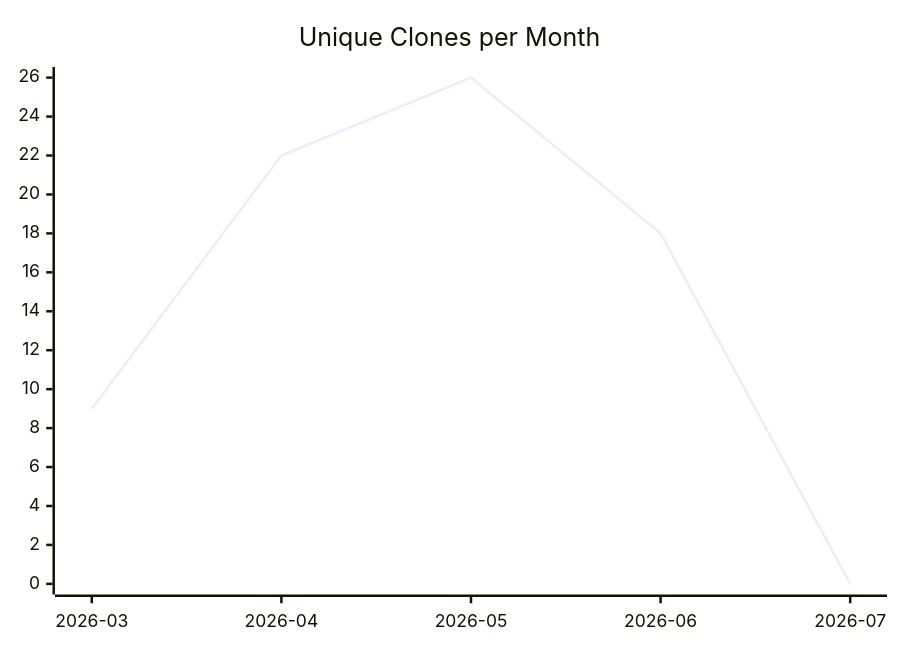
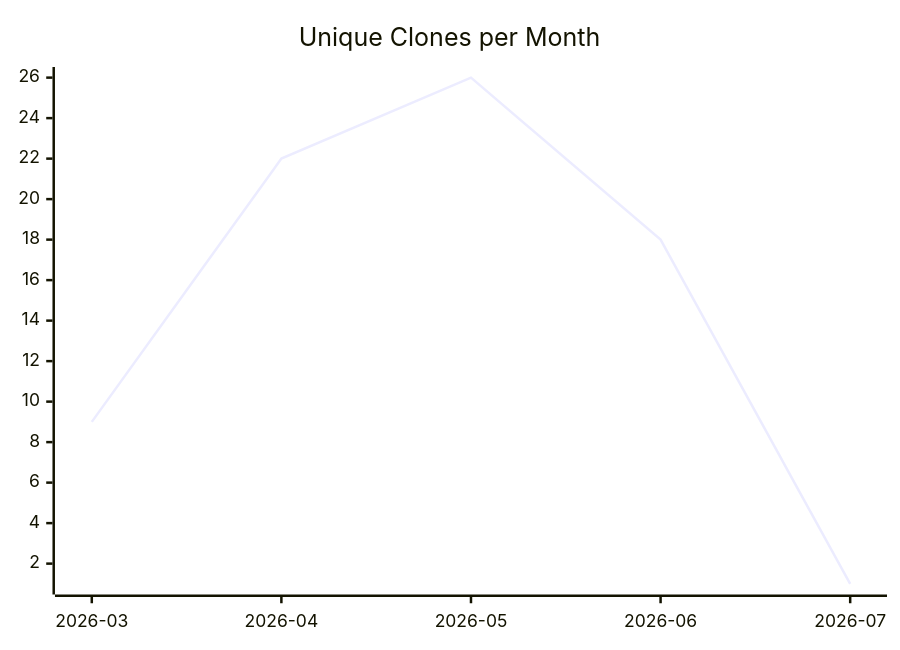
Before and after one commit to justdavis-family/github-analytics-data: the third of 3 diagrams in karlmdavis/lego-ev3dev-rs/README.md, drawn with Mermaid. The commit also changed other lines of this file and 188 other files, not shown here.

````diff
--- a/karlmdavis/lego-ev3dev-rs/README.md
+++ b/karlmdavis/lego-ev3dev-rs/README.md
@@ -19,6 +19,6 @@
 ```mermaid
 xychart-beta
   title "Unique Clones per Month"
   x-axis ["2026-03", "2026-04", "2026-05", "2026-06", "2026-07"]
-  line [9, 22, 26, 18, 0]
+  line [9, 22, 26, 18, 1]
 ```
````
